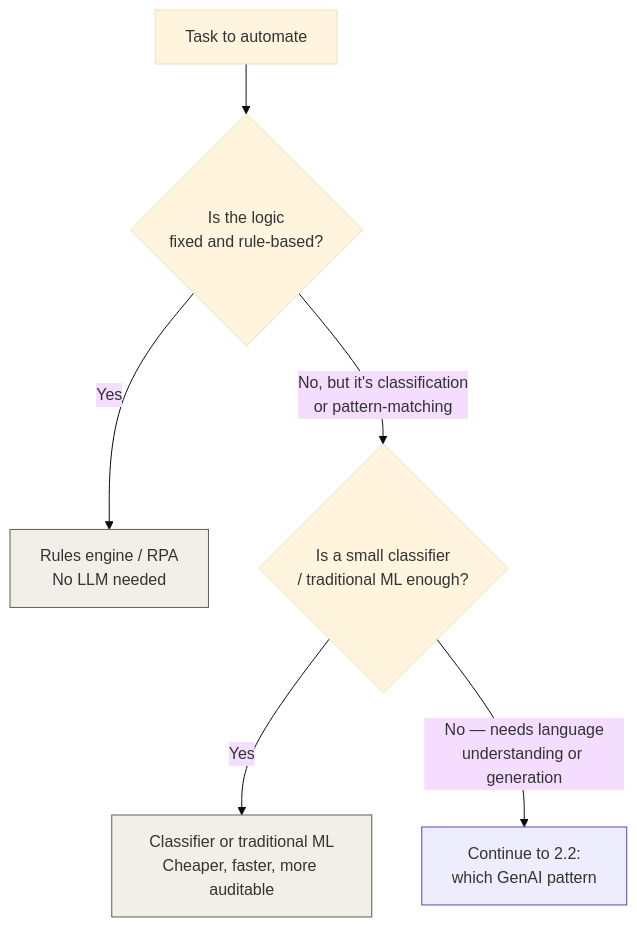
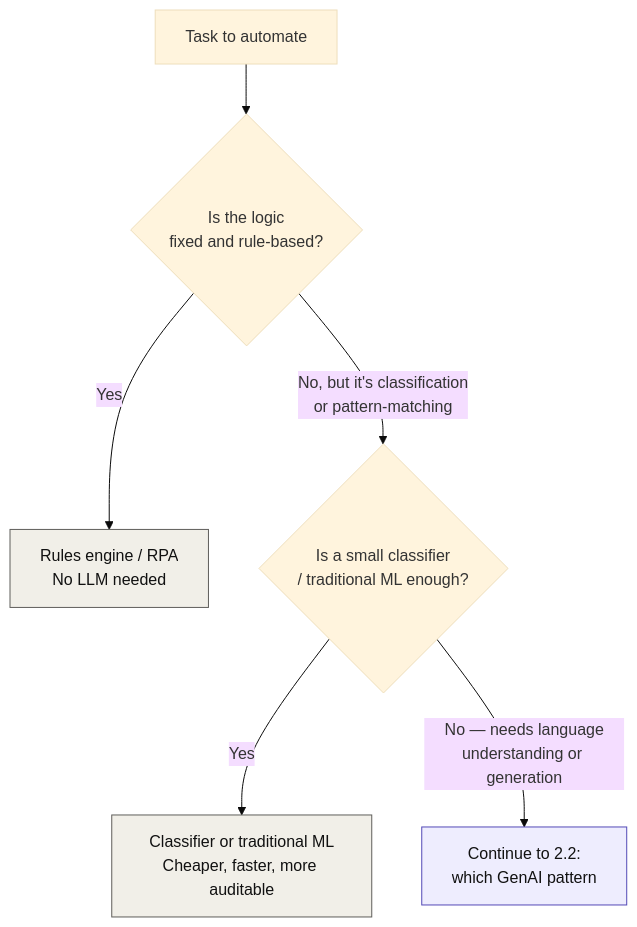
One commit to kkadapa/ai-architecture-primer changed the first of 2 diagrams in sections/02-decision-layer.md. Above: the diagram before and after it, drawn with Mermaid (base theme). The commit also changed other lines of this file and 6 other files, not shown here.

First line of the commit message:
Fix Mermaid dark-mode contrast and add diagram previews to README

````diff
--- a/sections/02-decision-layer.md
+++ b/sections/02-decision-layer.md
@@ -15,11 +15,11 @@
 ```mermaid
 flowchart TD
     A["Task to automate"] --> B{"Is the logic\nfixed and rule-based?"}
     B -->|"Yes"| C["Rules engine / RPA\nNo LLM needed"]
     B -->|"No, but it's classification\nor pattern-matching"| D{"Is a small classifier\n/ traditional ML enough?"}
     D -->|"Yes"| E["Classifier or traditional ML\nCheaper, faster, more auditable"]
     D -->|"No — needs language\nunderstanding or generation"| F["Continue to 2.2:\nwhich GenAI pattern"]
-    style C fill:#F1EFE8,stroke:#5F5E5A,stroke-width:1px
-    style E fill:#F1EFE8,stroke:#5F5E5A,stroke-width:1px
-    style F fill:#EEEDFE,stroke:#534AB7,stroke-width:1px
+    style C fill:#F1EFE8,stroke:#5F5E5A,stroke-width:1px,color:#111111
+    style E fill:#F1EFE8,stroke:#5F5E5A,stroke-width:1px,color:#111111
+    style F fill:#EEEDFE,stroke:#534AB7,stroke-width:1px,color:#111111
 ```
````
